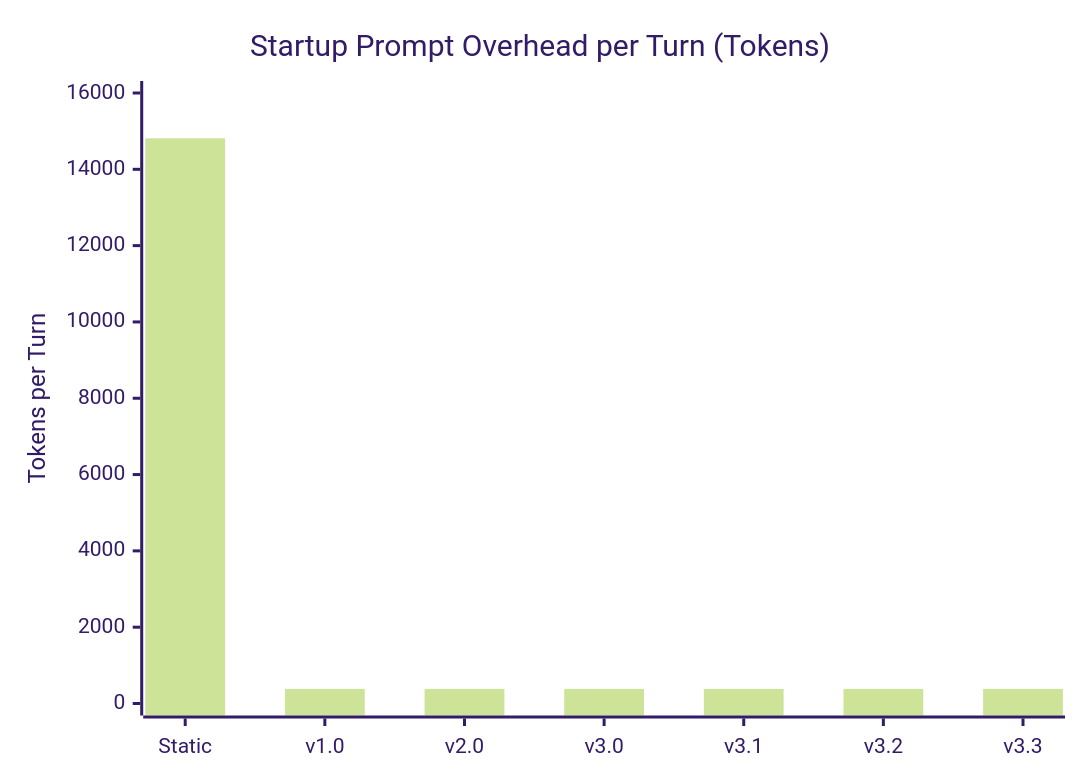
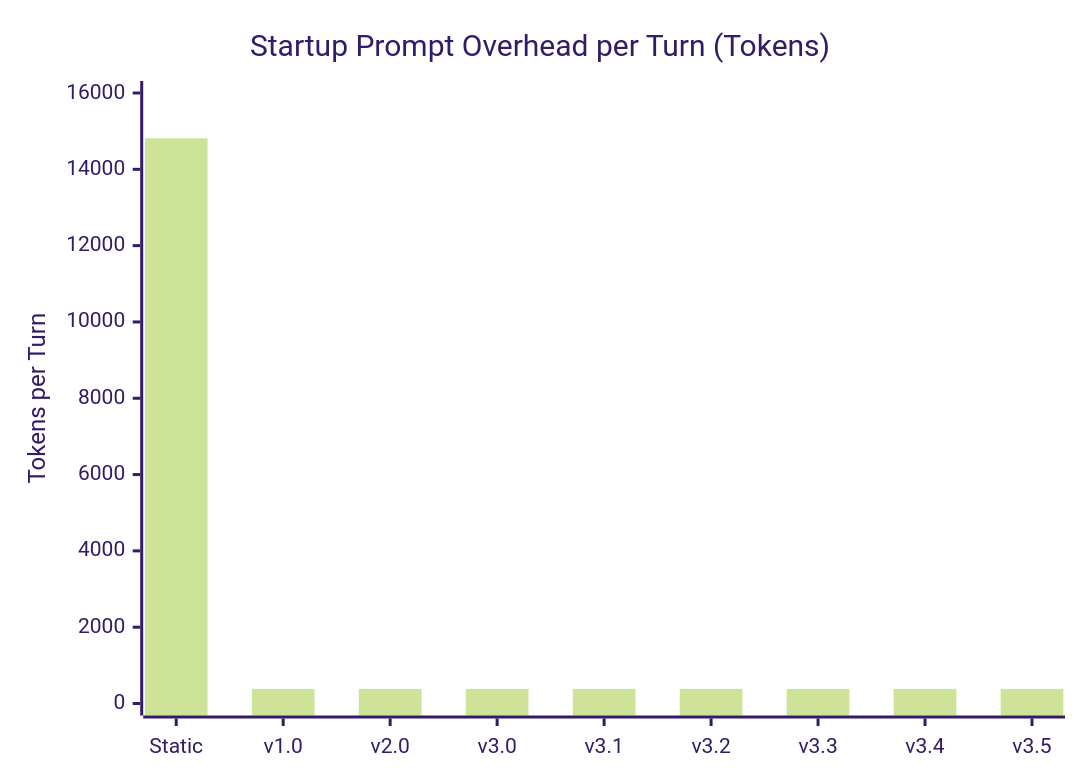
One commit to scorpion421/skillsdb changed the second of 5 diagrams in README.md. Above: the diagram before and after it, drawn with Mermaid (forest theme). The commit also changed other lines of this file, not shown here.

Commit message:
docs(readme): synchronize architecture diagrams, xychart, and evolution flowchart with v3.5

````diff
--- a/README.md
+++ b/README.md
@@ -88,7 +92,7 @@
 ```mermaid
 xychart-beta
     title "Startup Prompt Overhead per Turn (Tokens)"
-    x-axis ["Static", "v1.0", "v2.0", "v3.0", "v3.1", "v3.2", "v3.3"]
+    x-axis ["Static", "v1.0", "v2.0", "v3.0", "v3.1", "v3.2", "v3.3", "v3.4", "v3.5"]
     y-axis "Tokens per Turn" 0 --> 16000
-    bar [14813, 382, 382, 382, 382, 382, 382]
+    bar [14813, 382, 382, 382, 382, 382, 382, 382, 382]
 ```
````
